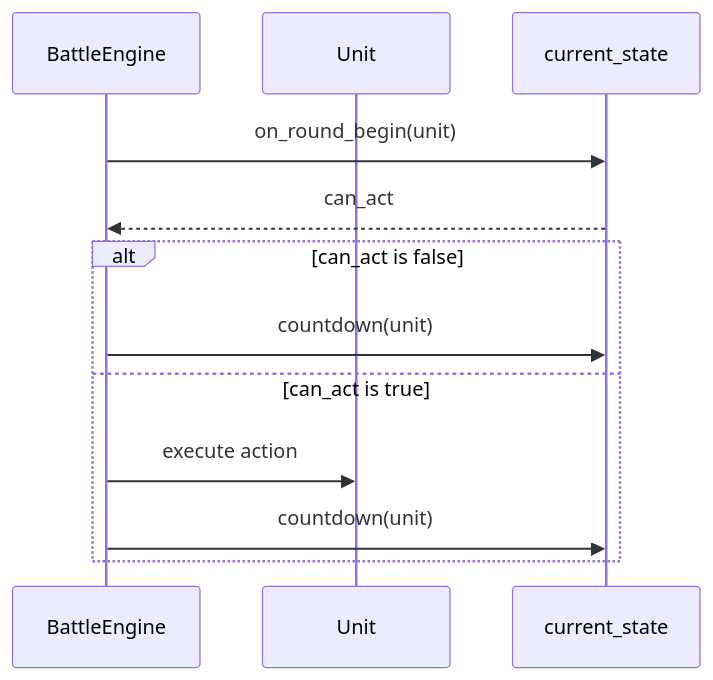
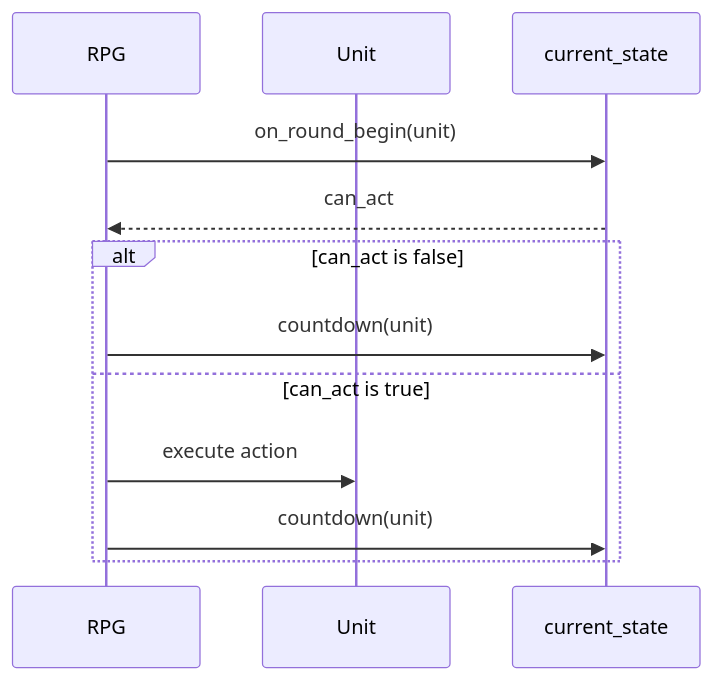
Before and after one commit to tanguitar8093/Software-Design-Pattern-HW: the third of 3 diagrams in homework5_rpg/v3/docs/設計模式解析/狀態模式.md, drawn with Mermaid. The commit also changed other lines of this file and 14 other files, not shown here.

````diff
--- a/homework5_rpg/v3/docs/設計模式解析/狀態模式.md
+++ b/homework5_rpg/v3/docs/設計模式解析/狀態模式.md
@@ -216,15 +216,15 @@
 ```mermaid
 sequenceDiagram
-    participant Engine as BattleEngine
+    participant Engine as RPG
     participant Unit as Unit
     participant State as current_state
 
     Engine->>State: on_round_begin(unit)
     State-->>Engine: can_act
     alt can_act is false
         Engine->>State: countdown(unit)
     else can_act is true
         Engine->>Unit: execute action
         Engine->>State: countdown(unit)
     end
 ```
````
